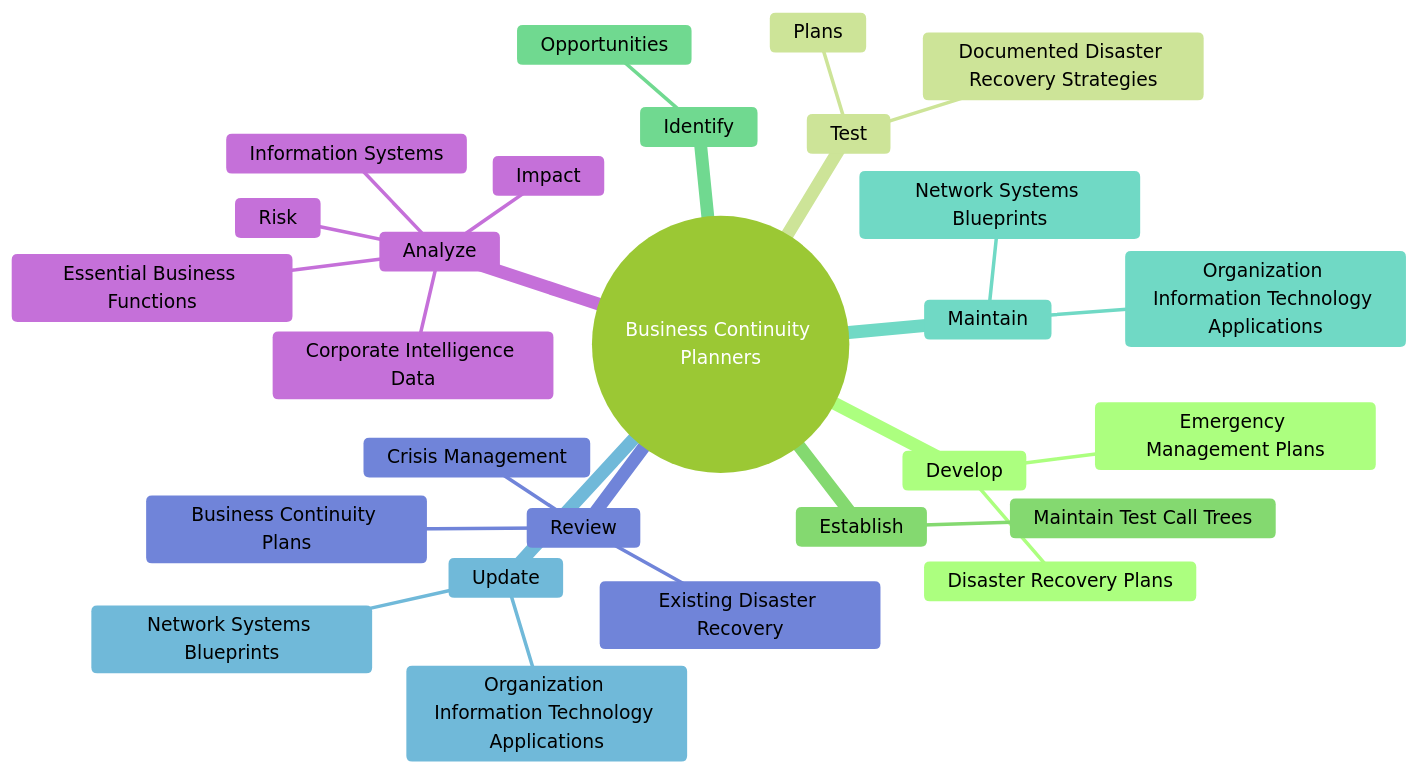
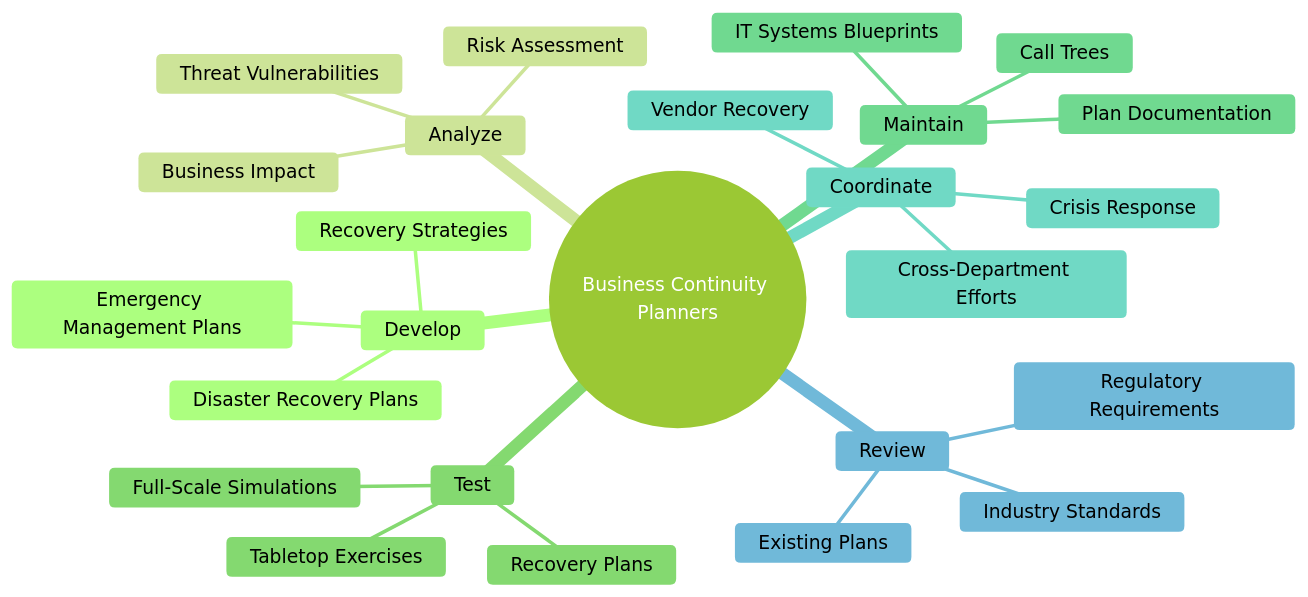
Before and after one commit to kziemski/business.org.ai: the second of 4 diagrams in occupations/Business/BusinessContinuityPlanners.mdx, drawn with Mermaid (forest theme). The commit also changed other lines of this file and 938 other files, not shown here.

````diff
--- a/occupations/Business/BusinessContinuityPlanners.mdx
+++ b/occupations/Business/BusinessContinuityPlanners.mdx
@@ -38,30 +49,28 @@
 ```mermaid
 mindmap
     root(("Business Continuity Planners"))
         Develop
             Emergency Management Plans
             Disaster Recovery Plans
+            Recovery Strategies
+        Analyze
+            Business Impact
+            Risk Assessment
+            Threat Vulnerabilities
         Test
-            Documented Disaster Recovery Strategies
-            Plans
-        Establish
-            Maintain Test Call Trees
-        Identify
-            Opportunities
+            Recovery Plans
+            Tabletop Exercises
+            Full-Scale Simulations
         Maintain
-            Organization Information Technology Applications
-            Network Systems Blueprints
-        Update
-            Organization Information Technology Applications
-            Network Systems Blueprints
+            Plan Documentation
+            IT Systems Blueprints
+            Call Trees
+        Coordinate
+            Crisis Response
+            Cross-Department Efforts
+            Vendor Recovery
         Review
-            Existing Disaster Recovery
-            Crisis Management
-            Business Continuity Plans
-        Analyze
-            Impact
-            Risk
-            Essential Business Functions
-            Information Systems
-            Corporate Intelligence Data
+            Existing Plans
+            Regulatory Requirements
+            Industry Standards
 ```
````
